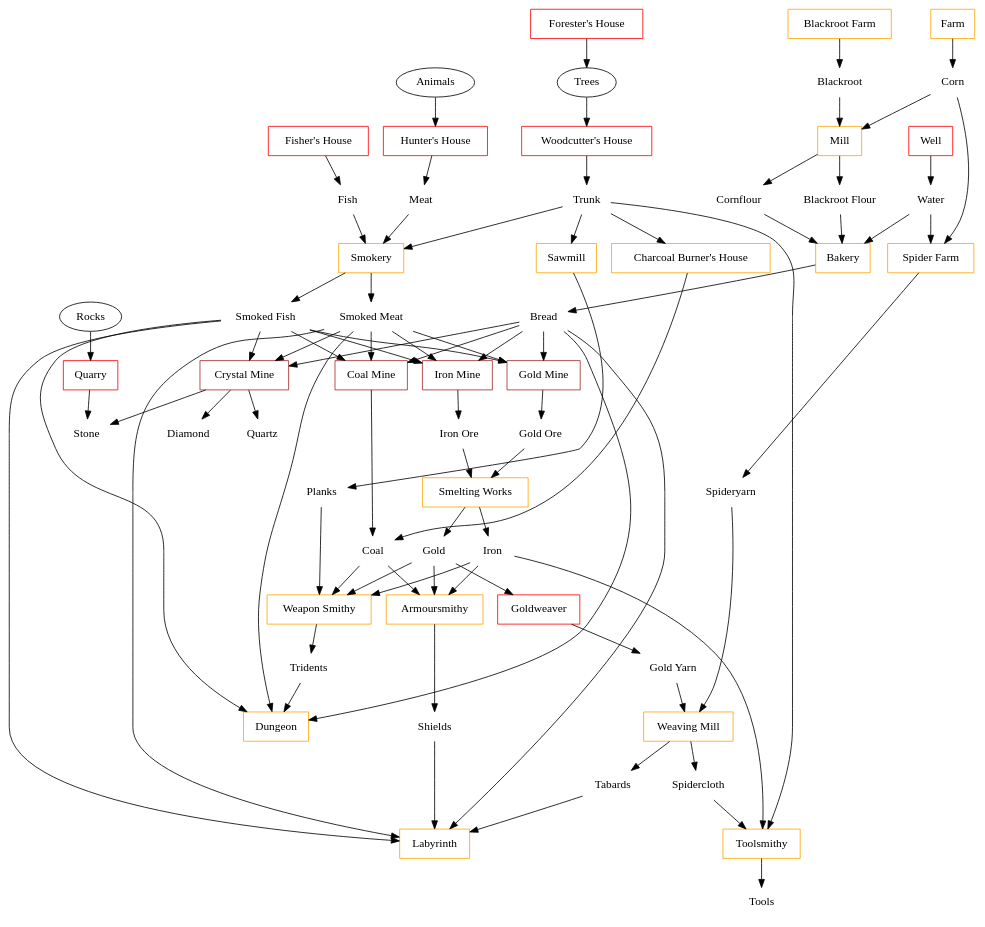
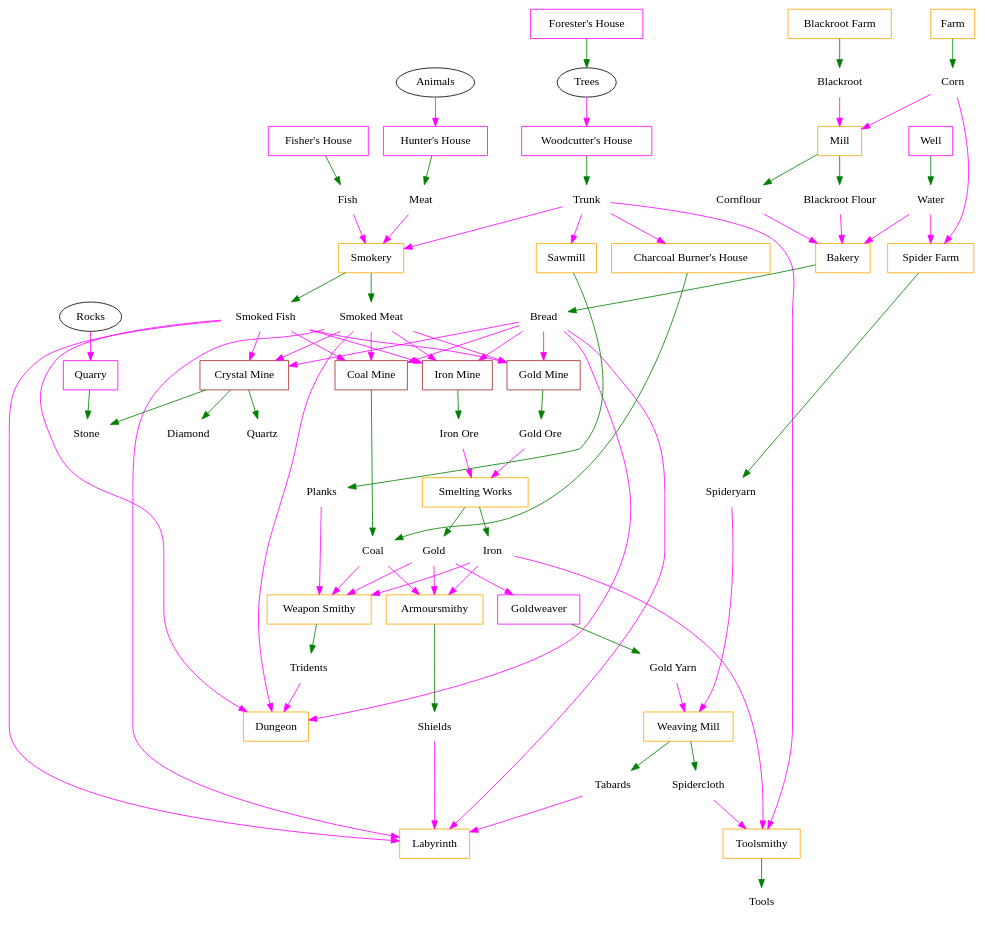
The diagram in atlanteans.dot (rhdunn/widelands-techtree), drawn with Graphviz before and after one commit. The commit also changed 2 other files, not shown here.

```diff
--- a/atlanteans.dot
+++ b/atlanteans.dot
@@ -1,173 +1,173 @@
 // Based on: http://wl.widelands.org/help/atlanteans/buildings/
 
 digraph "Widelands Atlanteans Tribe Tech Tree"
 {
 	"Rocks" [shape=ellipse]
 	"Trees" [shape=ellipse]
 	"Animals" [shape=ellipse]
 
 	// wares
 
 	"Meat" [shape=plaintext]
 	"Smoked Meat" [shape=plaintext]
 	"Fish" [shape=plaintext]
 	"Smoked Fish" [shape=plaintext]
 	"Stone" [shape=plaintext]
 	"Trunk" [shape=plaintext]
 	"Planks" [shape=plaintext]
 	"Water" [shape=plaintext]
 	"Coal" [shape=plaintext]
 	"Iron Ore" [shape=plaintext]
 	"Iron" [shape=plaintext]
 	"Gold Ore" [shape=plaintext]
 	"Gold" [shape=plaintext]
 	"Gold Yarn" [shape=plaintext]
 	"Diamond" [shape=plaintext]
 	"Quartz" [shape=plaintext]
 	"Spideryarn" [shape=plaintext]
 	"Blackroot" [shape=plaintext]
 	"Blackroot Flour" [shape=plaintext]
 	"Corn" [shape=plaintext]
 	"Cornflour" [shape=plaintext]
 	"Bread" [shape=plaintext]
 	"Spidercloth" [shape=plaintext]
 	"Tools" [shape=plaintext]
 	"Shields" [shape=plaintext]
 	"Tabards" [shape=plaintext]
 	"Tridents" [shape=plaintext]
 
 	// small buildings
 
-	"Forester's House" [shape=box, color=red]
-	"Fisher's House" [shape=box, color=red]
-	"Goldweaver" [shape=box, color=red]
-	"Hunter's House" [shape=box, color=red]
-	"Quarry" [shape=box, color=red]
-	"Well" [shape=box, color=red]
-	"Woodcutter's House" [shape=box, color=red]
+	"Forester's House" [shape=box, color=magenta]
+	"Fisher's House" [shape=box, color=magenta]
+	"Goldweaver" [shape=box, color=magenta]
+	"Hunter's House" [shape=box, color=magenta]
+	"Quarry" [shape=box, color=magenta]
+	"Well" [shape=box, color=magenta]
+	"Woodcutter's House" [shape=box, color=magenta]
 
 	// medium buildings
 
 	"Armoursmithy" [shape=box, color=orange]
 	"Bakery" [shape=box, color=orange]
 	"Charcoal Burner's House" [shape=box, color=orange]
 	"Dungeon" [shape=box, color=orange]
 	"Mill" [shape=box, color=orange]
 	"Sawmill" [shape=box, color=orange]
 	"Smelting Works" [shape=box, color=orange]
 	"Smokery" [shape=box, color=orange]
 	"Toolsmithy" [shape=box, color=orange]
 	"Weapon Smithy" [shape=box, color=orange]
 
 	// large buildings
 
 	"Blackroot Farm" [shape=box, color=orange]
 	"Farm" [shape=box, color=orange]
 	"Spider Farm" [shape=box, color=orange]
 	"Weaving Mill" [shape=box, color=orange]
 	"Labyrinth" [shape=box, color=orange]
 
 	// mines
 
 	"Coal Mine" [shape=box, color=brown]
 	"Gold Mine" [shape=box, color=brown]
 	"Iron Mine" [shape=box, color=brown]
 	"Crystal Mine" [shape=box, color=brown]
 
 	// produces
 
-	"Forester's House" -> "Trees"
-	"Fisher's House" -> "Fish"
-	"Goldweaver" -> "Gold Yarn"
-	"Hunter's House" -> "Meat" // Is this correct? It isn't on the wiki page.
-	"Quarry" -> "Stone"
-	"Well" -> "Water"
-	"Woodcutter's House" -> "Trunk"
+	"Forester's House" -> "Trees" [color=green]
+	"Fisher's House" -> "Fish" [color=green]
+	"Goldweaver" -> "Gold Yarn" [color=green]
+	"Hunter's House" -> "Meat" [color=green] // Is this correct? It isn't on the wiki page.
+	"Quarry" -> "Stone" [color=green]
+	"Well" -> "Water" [color=green]
+	"Woodcutter's House" -> "Trunk" [color=green]
 
-	"Armoursmithy" -> "Shields"
-	"Bakery" -> "Bread"
-	"Charcoal Burner's House" -> "Coal"
-	"Mill" -> "Blackroot Flour"
-	"Mill" -> "Cornflour"
-	"Sawmill" -> "Planks"
-	"Smelting Works" -> "Iron"
-	"Smelting Works" -> "Gold"
-	"Smokery" -> "Smoked Fish"
-	"Smokery" -> "Smoked Meat"
-	"Toolsmithy" -> "Tools"
-	"Weapon Smithy" -> "Tridents"
+	"Armoursmithy" -> "Shields" [color=green]
+	"Bakery" -> "Bread" [color=green]
+	"Charcoal Burner's House" -> "Coal" [color=green]
+	"Mill" -> "Blackroot Flour" [color=green]
+	"Mill" -> "Cornflour" [color=green]
+	"Sawmill" -> "Planks" [color=green]
+	"Smelting Works" -> "Iron" [color=green]
+	"Smelting Works" -> "Gold" [color=green]
+	"Smokery" -> "Smoked Fish" [color=green]
+	"Smokery" -> "Smoked Meat" [color=green]
+	"Toolsmithy" -> "Tools" [color=green]
+	"Weapon Smithy" -> "Tridents" [color=green]
 
-	"Blackroot Farm" -> "Blackroot"
-	"Farm" -> "Corn"
-	"Spider Farm" -> "Spideryarn"
-	"Weaving Mill" -> "Spidercloth"
-	"Weaving Mill" -> "Tabards"
+	"Blackroot Farm" -> "Blackroot" [color=green]
+	"Farm" -> "Corn" [color=green]
+	"Spider Farm" -> "Spideryarn" [color=green]
+	"Weaving Mill" -> "Spidercloth" [color=green]
+	"Weaving Mill" -> "Tabards" [color=green]
 
-	"Coal Mine" -> "Coal"
-	"Gold Mine" -> "Gold Ore"
-	"Iron Mine" -> "Iron Ore"
-	"Crystal Mine" -> "Diamond"
-	"Crystal Mine" -> "Quartz"
-	"Crystal Mine" -> "Stone"
+	"Coal Mine" -> "Coal" [color=green]
+	"Gold Mine" -> "Gold Ore" [color=green]
+	"Iron Mine" -> "Iron Ore" [color=green]
+	"Crystal Mine" -> "Diamond" [color=green]
+	"Crystal Mine" -> "Quartz" [color=green]
+	"Crystal Mine" -> "Stone" [color=green]
 
 	// consumes
 
-	"Animals" -> "Hunter's House"
-	"Rocks" -> "Quarry"
-	"Trees" -> "Woodcutter's House"
+	"Animals" -> "Hunter's House" [color=magenta]
+	"Rocks" -> "Quarry" [color=magenta]
+	"Trees" -> "Woodcutter's House" [color=magenta]
 
-	"Gold" -> "Goldweaver"
+	"Gold" -> "Goldweaver" [color=magenta]
 
-	"Gold" -> "Armoursmithy"
-	"Iron" -> "Armoursmithy"
-	"Coal" -> "Armoursmithy"
-	"Water" -> "Bakery"
-	"Blackroot Flour" -> "Bakery"
-	"Cornflour" -> "Bakery"
-	"Trunk" -> "Charcoal Burner's House"
-	"Tridents" -> "Dungeon"
-	"Smoked Fish" -> "Dungeon"
-	"Smoked Meat" -> "Dungeon"
-	"Bread" -> "Dungeon"
-	"Blackroot" -> "Mill"
-	"Corn" -> "Mill"
-	"Iron Ore" -> "Smelting Works"
-	"Gold Ore" -> "Smelting Works"
-	"Trunk" -> "Sawmill"
-	"Trunk" -> "Smokery"
-	"Fish" -> "Smokery"
-	"Meat" -> "Smokery"
-	"Iron" -> "Toolsmithy"
-	"Trunk" -> "Toolsmithy"
-	"Spidercloth" -> "Toolsmithy"
-	"Iron" -> "Weapon Smithy"
-	"Gold" -> "Weapon Smithy"
-	"Coal" -> "Weapon Smithy"
-	"Planks" -> "Weapon Smithy"
+	"Gold" -> "Armoursmithy" [color=magenta]
+	"Iron" -> "Armoursmithy" [color=magenta]
+	"Coal" -> "Armoursmithy" [color=magenta]
+	"Water" -> "Bakery" [color=magenta]
+	"Blackroot Flour" -> "Bakery" [color=magenta]
+	"Cornflour" -> "Bakery" [color=magenta]
+	"Trunk" -> "Charcoal Burner's House" [color=magenta]
+	"Tridents" -> "Dungeon" [color=magenta]
+	"Smoked Fish" -> "Dungeon" [color=magenta]
+	"Smoked Meat" -> "Dungeon" [color=magenta]
+	"Bread" -> "Dungeon" [color=magenta]
+	"Blackroot" -> "Mill" [color=magenta]
+	"Corn" -> "Mill" [color=magenta]
+	"Iron Ore" -> "Smelting Works" [color=magenta]
+	"Gold Ore" -> "Smelting Works" [color=magenta]
+	"Trunk" -> "Sawmill" [color=magenta]
+	"Trunk" -> "Smokery" [color=magenta]
+	"Fish" -> "Smokery" [color=magenta]
+	"Meat" -> "Smokery" [color=magenta]
+	"Iron" -> "Toolsmithy" [color=magenta]
+	"Trunk" -> "Toolsmithy" [color=magenta]
+	"Spidercloth" -> "Toolsmithy" [color=magenta]
+	"Iron" -> "Weapon Smithy" [color=magenta]
+	"Gold" -> "Weapon Smithy" [color=magenta]
+	"Coal" -> "Weapon Smithy" [color=magenta]
+	"Planks" -> "Weapon Smithy" [color=magenta]
 
-	"Corn" -> "Spider Farm"
-	"Water" -> "Spider Farm"
-	"Gold Yarn" -> "Weaving Mill"
-	"Spideryarn" -> "Weaving Mill"
-	"Tabards" -> "Labyrinth"
-	"Shields" -> "Labyrinth"
-	"Smoked Fish" -> "Labyrinth"
-	"Smoked Meat" -> "Labyrinth"
-	"Bread" -> "Labyrinth"
+	"Corn" -> "Spider Farm" [color=magenta]
+	"Water" -> "Spider Farm" [color=magenta]
+	"Gold Yarn" -> "Weaving Mill" [color=magenta]
+	"Spideryarn" -> "Weaving Mill" [color=magenta]
+	"Tabards" -> "Labyrinth" [color=magenta]
+	"Shields" -> "Labyrinth" [color=magenta]
+	"Smoked Fish" -> "Labyrinth" [color=magenta]
+	"Smoked Meat" -> "Labyrinth" [color=magenta]
+	"Bread" -> "Labyrinth" [color=magenta]
 
-	"Bread" -> "Coal Mine"
-	"Smoked Fish" -> "Coal Mine"
-	"Smoked Meat" -> "Coal Mine"
+	"Bread" -> "Coal Mine" [color=magenta]
+	"Smoked Fish" -> "Coal Mine" [color=magenta]
+	"Smoked Meat" -> "Coal Mine" [color=magenta]
 
-	"Bread" -> "Gold Mine"
-	"Smoked Fish" -> "Gold Mine"
-	"Smoked Meat" -> "Gold Mine"
+	"Bread" -> "Gold Mine" [color=magenta]
+	"Smoked Fish" -> "Gold Mine" [color=magenta]
+	"Smoked Meat" -> "Gold Mine" [color=magenta]
 
-	"Bread" -> "Iron Mine"
-	"Smoked Fish" -> "Iron Mine"
-	"Smoked Meat" -> "Iron Mine"
+	"Bread" -> "Iron Mine" [color=magenta]
+	"Smoked Fish" -> "Iron Mine" [color=magenta]
+	"Smoked Meat" -> "Iron Mine" [color=magenta]
 
-	"Bread" -> "Crystal Mine"
-	"Smoked Fish" -> "Crystal Mine"
-	"Smoked Meat" -> "Crystal Mine"
+	"Bread" -> "Crystal Mine" [color=magenta]
+	"Smoked Fish" -> "Crystal Mine" [color=magenta]
+	"Smoked Meat" -> "Crystal Mine" [color=magenta]
 }
```
